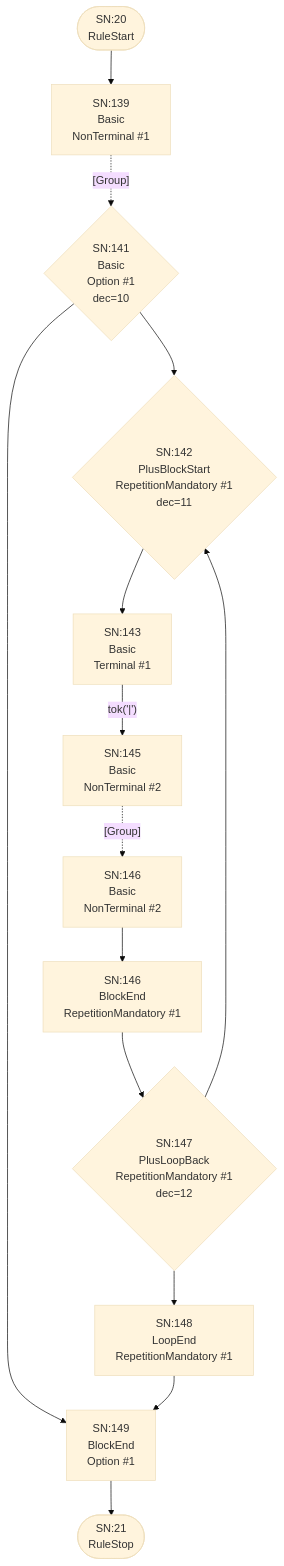
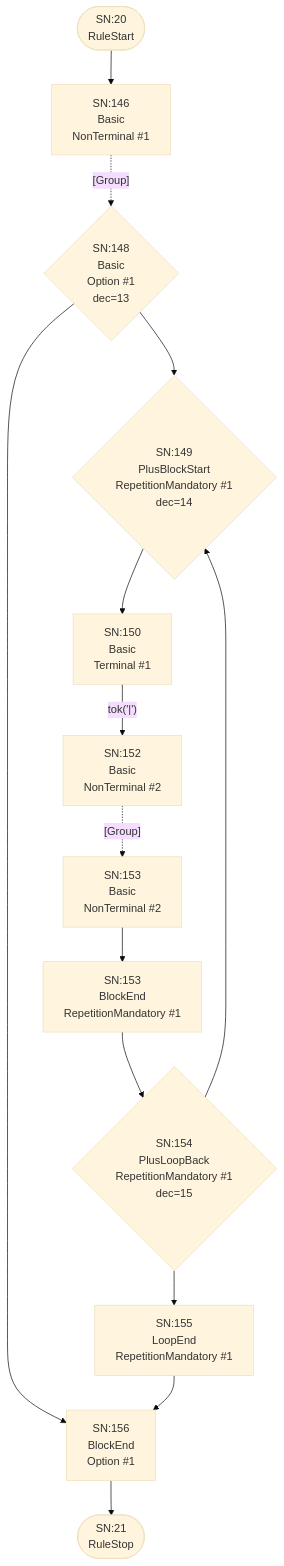
Diagram 11 of 25 in internal/grammar/atn.md (TypeFox/fastbelt), drawn with Mermaid (base theme) before and after one commit. The commit also changed other lines of this file and 13 other files, not shown here.

````diff
--- a/internal/grammar/atn.md
+++ b/internal/grammar/atn.md
@@ -296,29 +312,29 @@
 ```mermaid
 flowchart TD
     q20(["SN:20<br/>RuleStart"])
     q21(["SN:21<br/>RuleStop"])
-    q139["SN:139<br/>Basic<br/>NonTerminal #1"]
-    q140{"SN:141<br/>Basic<br/>Option #1<br/>dec=10"}
-    q141{"SN:142<br/>PlusBlockStart<br/>RepetitionMandatory #1<br/>dec=11"}
-    q142["SN:143<br/>Basic<br/>Terminal #1"]
-    q143["SN:145<br/>Basic<br/>NonTerminal #2"]
-    q144["SN:146<br/>Basic<br/>NonTerminal #2"]
-    q145["SN:146<br/>BlockEnd<br/>RepetitionMandatory #1"]
-    q146{"SN:147<br/>PlusLoopBack<br/>RepetitionMandatory #1<br/>dec=12"}
-    q147["SN:148<br/>LoopEnd<br/>RepetitionMandatory #1"]
-    q148["SN:149<br/>BlockEnd<br/>Option #1"]
+    q146["SN:146<br/>Basic<br/>NonTerminal #1"]
+    q147{"SN:148<br/>Basic<br/>Option #1<br/>dec=13"}
+    q148{"SN:149<br/>PlusBlockStart<br/>RepetitionMandatory #1<br/>dec=14"}
+    q149["SN:150<br/>Basic<br/>Terminal #1"]
+    q150["SN:152<br/>Basic<br/>NonTerminal #2"]
+    q151["SN:153<br/>Basic<br/>NonTerminal #2"]
+    q152["SN:153<br/>BlockEnd<br/>RepetitionMandatory #1"]
+    q153{"SN:154<br/>PlusLoopBack<br/>RepetitionMandatory #1<br/>dec=15"}
+    q154["SN:155<br/>LoopEnd<br/>RepetitionMandatory #1"]
+    q155["SN:156<br/>BlockEnd<br/>Option #1"]
 
-    q20 --> q139
-    q139 -.->|"[Group]"| q140
-    q140 --> q141
-    q140 --> q148
-    q141 --> q142
-    q142 -->|"tok('|')"| q143
-    q143 -.->|"[Group]"| q144
-    q144 --> q145
-    q145 --> q146
-    q146 --> q141
-    q146 --> q147
+    q20 --> q146
+    q146 -.->|"[Group]"| q147
     q147 --> q148
-    q148 --> q21
+    q147 --> q155
+    q148 --> q149
+    q149 -->|"tok('|')"| q150
+    q150 -.->|"[Group]"| q151
+    q151 --> q152
+    q152 --> q153
+    q153 --> q148
+    q153 --> q154
+    q154 --> q155
+    q155 --> q21
 ```
````
